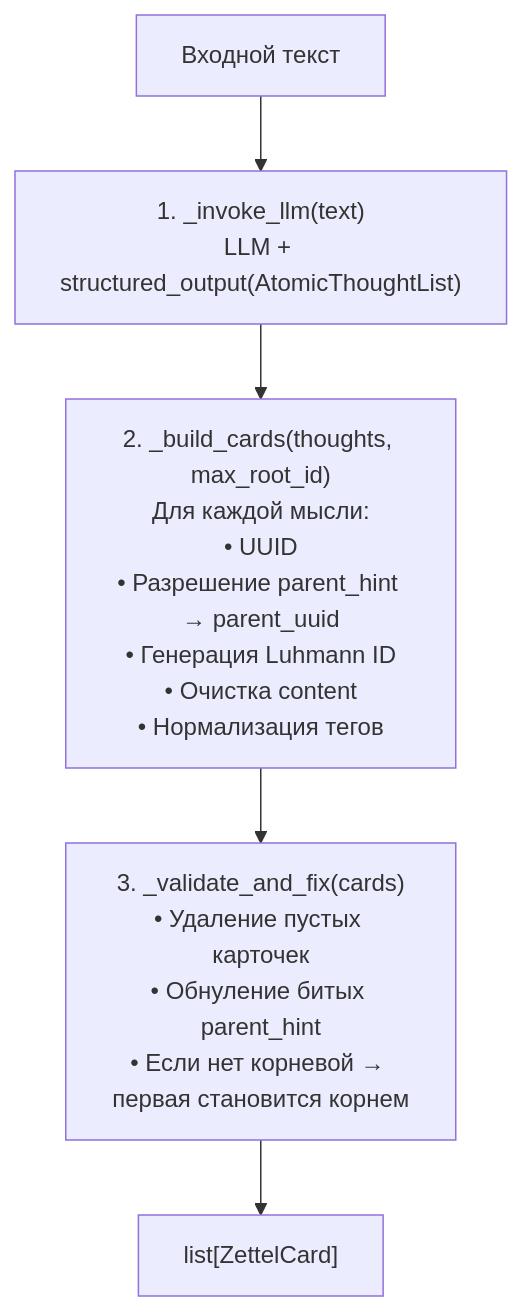
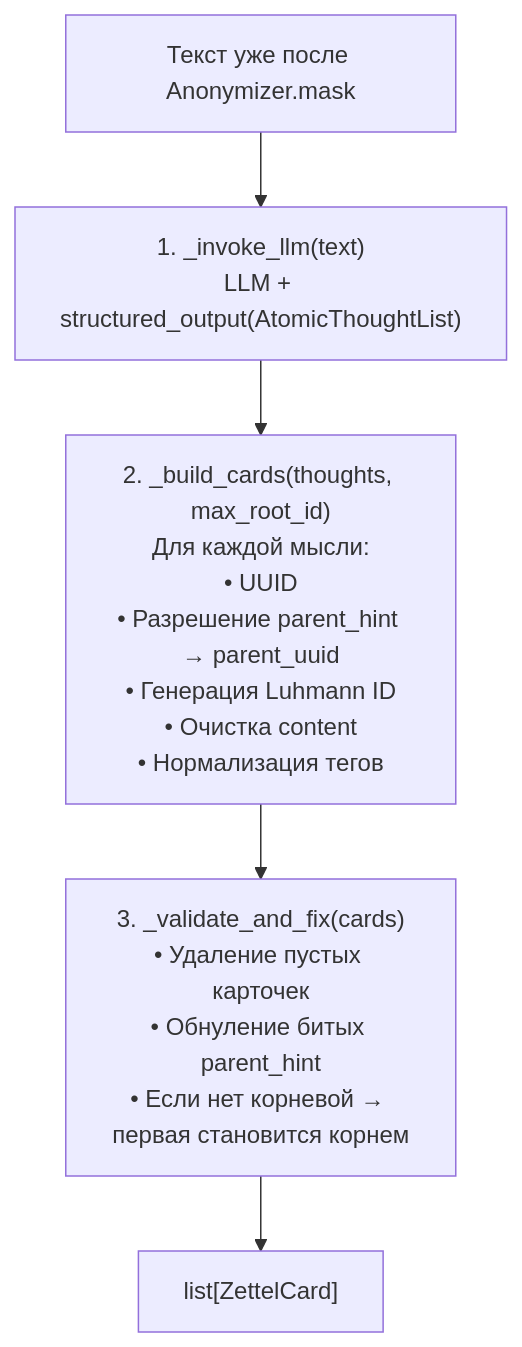
The fourth of 17 diagrams in README_v2.md (nastyakon14/Executive_Exocortex), drawn with Mermaid before and after one commit. The commit also changed other lines of this file and 4 other files, not shown here.

````diff
--- a/README_v2.md
+++ b/README_v2.md
@@ -450,7 +488,7 @@
 ```mermaid
 flowchart TD
-    IN["Входной текст"] --> LLM["1. _invoke_llm(text)\nLLM + structured_output(AtomicThoughtList)"]
+    IN["Текст уже после Anonymizer.mask"] --> LLM["1. _invoke_llm(text)\nLLM + structured_output(AtomicThoughtList)"]
     LLM --> BUILD["2. _build_cards(thoughts, max_root_id)\nДля каждой мысли:\n• UUID\n• Разрешение parent_hint → parent_uuid\n• Генерация Luhmann ID\n• Очистка content\n• Нормализация тегов"]
     BUILD --> VALIDATE["3. _validate_and_fix(cards)\n• Удаление пустых карточек\n• Обнуление битых parent_hint\n• Если нет корневой → первая становится корнем"]
     VALIDATE --> OUT["list[ZettelCard]"]
 ```
````
